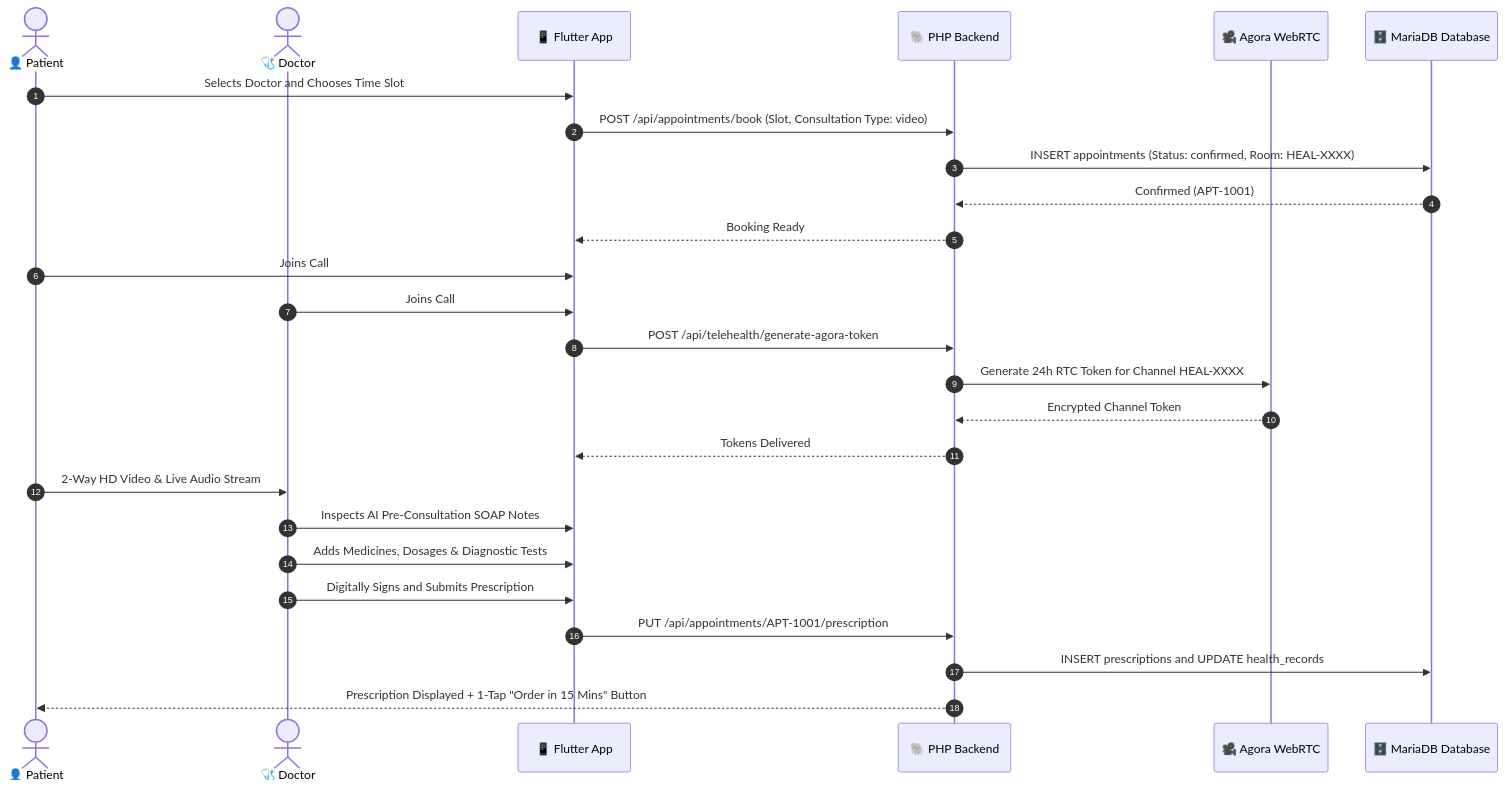
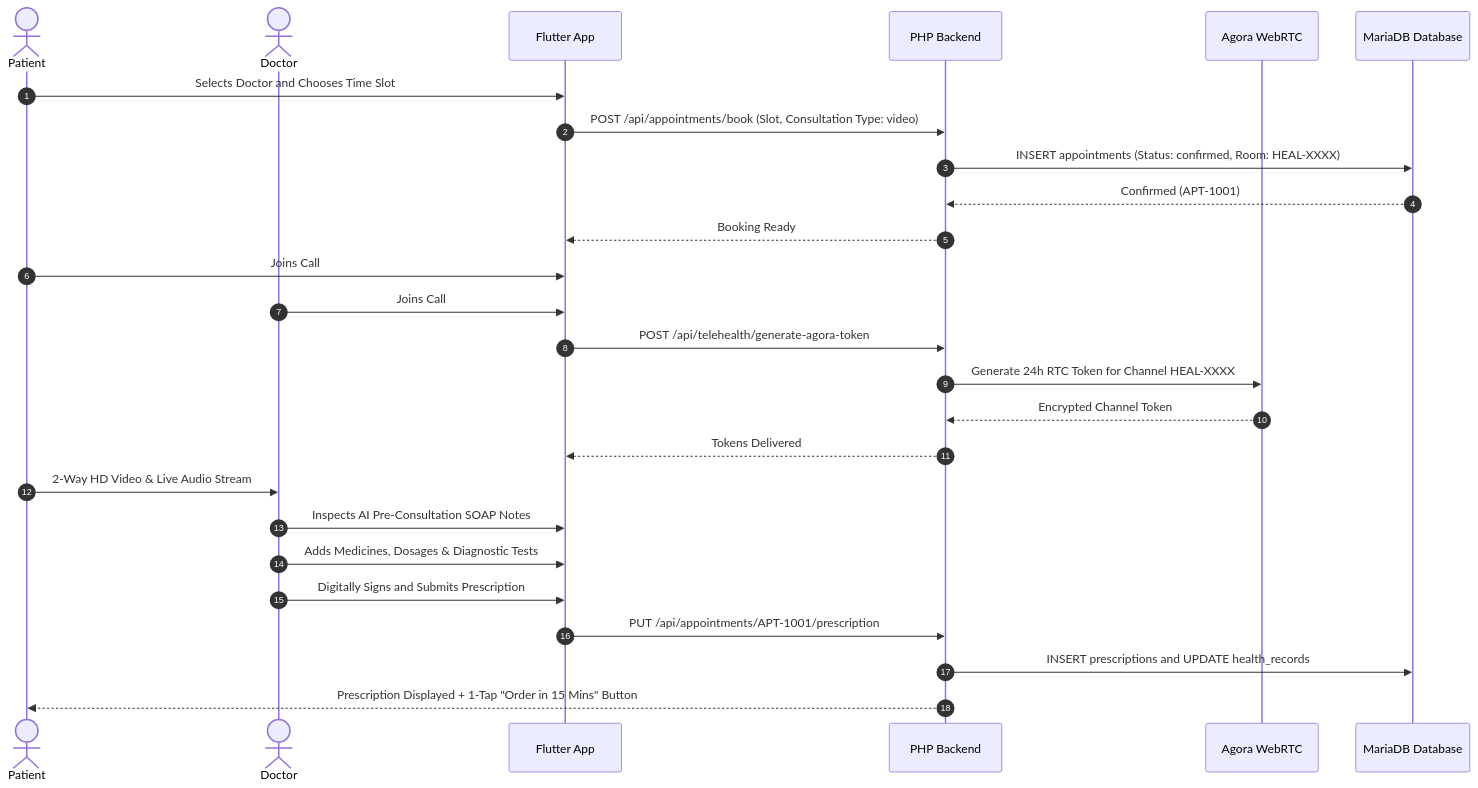
One commit to pavanstarkin-tech/healthyxpress_medha changed the fifth of 11 diagrams in README.md. Above: the diagram before and after it, drawn with Mermaid. The commit also changed other lines of this file, not shown here.

````diff
--- a/README.md
+++ b/README.md
@@ -306,31 +306,31 @@
 ```mermaid
 sequenceDiagram
     autonumber
-    actor Patient as 👤 Patient
-    actor Doctor as 🩺 Doctor
-    participant App as 📱 Flutter App
-    participant API as 🐘 PHP Backend
-    participant Agora as 🎥 Agora WebRTC
-    participant DB as 🗄️ MariaDB Database
+    actor Patient as Patient
+    actor Doctor as Doctor
+    participant App as Flutter App
+    participant API as PHP Backend
+    participant Agora as Agora WebRTC
+    participant DB as MariaDB Database
 
     Patient->>App: Selects Doctor and Chooses Time Slot
     App->>API: POST /api/appointments/book (Slot, Consultation Type: video)
     API->>DB: INSERT appointments (Status: confirmed, Room: HEAL-XXXX)
     DB-->>API: Confirmed (APT-1001)
     API-->>App: Booking Ready
     
     Patient->>App: Joins Call
     Doctor->>App: Joins Call
     App->>API: POST /api/telehealth/generate-agora-token
     API->>Agora: Generate 24h RTC Token for Channel HEAL-XXXX
     Agora-->>API: Encrypted Channel Token
     API-->>App: Tokens Delivered
 
     Patient->>Doctor: 2-Way HD Video & Live Audio Stream
     Doctor->>App: Inspects AI Pre-Consultation SOAP Notes
     Doctor->>App: Adds Medicines, Dosages & Diagnostic Tests
     Doctor->>App: Digitally Signs and Submits Prescription
     App->>API: PUT /api/appointments/APT-1001/prescription
     API->>DB: INSERT prescriptions and UPDATE health_records
     API-->>Patient: Prescription Displayed + 1-Tap "Order in 15 Mins" Button
 ```
````
